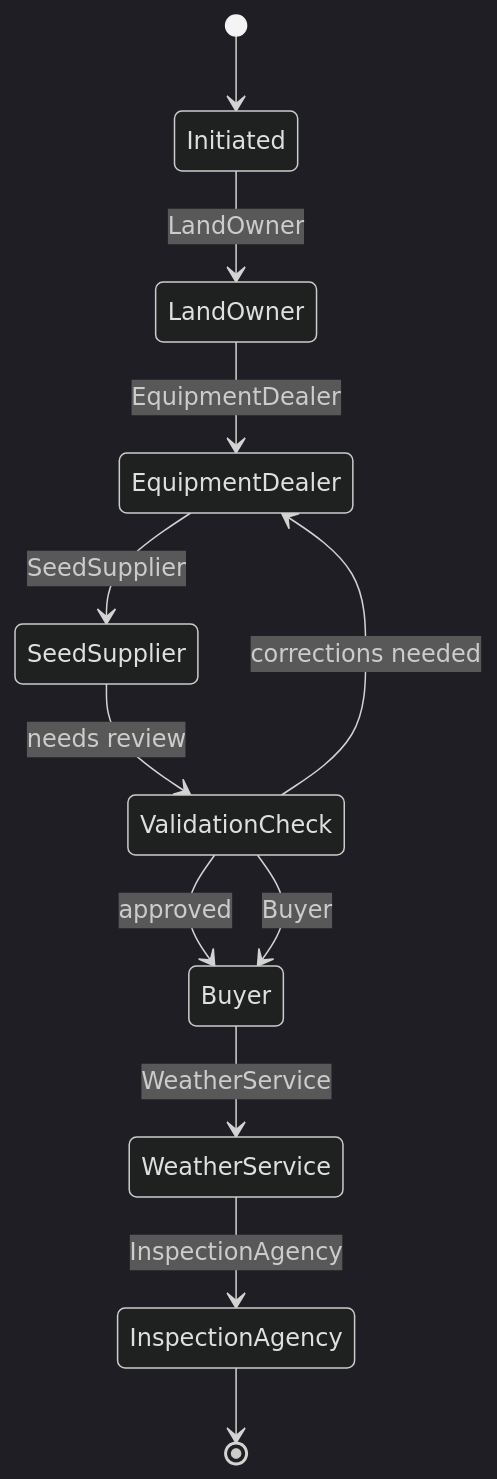
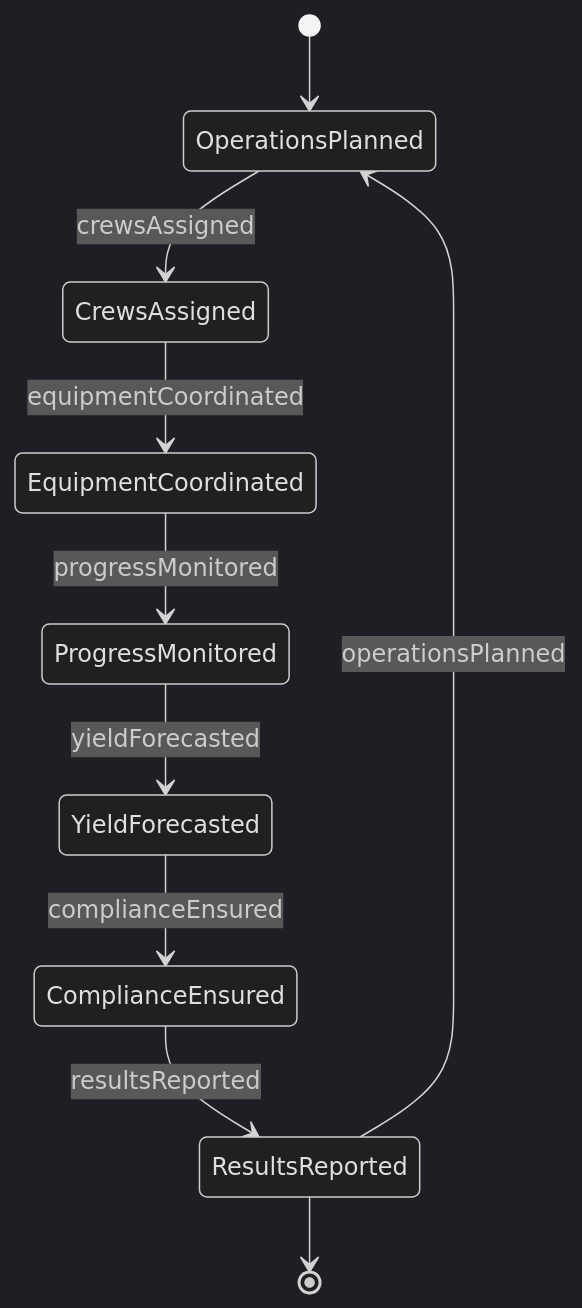
The second of 4 diagrams in GuidingDirectingAndMotivatingSubordinates/ManageAgriculturalOrForestryOperations/CoordinateForestryAgriculturalActivities.mdx (dot-org-ai/tasks.org.ai), drawn with Mermaid (dark theme) before and after one commit. The commit also changed other lines of this file and 515 other files, not shown here.

````diff
--- a/GuidingDirectingAndMotivatingSubordinates/ManageAgriculturalOrForestryOperations/CoordinateForestryAgriculturalActivities.mdx
+++ b/GuidingDirectingAndMotivatingSubordinates/ManageAgriculturalOrForestryOperations/CoordinateForestryAgriculturalActivities.mdx
@@ -104,14 +101,12 @@
 ```mermaid
 stateDiagram-v2
-    [*] --> Initiated
-    Initiated --> LandOwner: LandOwner
-    LandOwner --> EquipmentDealer: EquipmentDealer
-    EquipmentDealer --> SeedSupplier: SeedSupplier
-    SeedSupplier --> ValidationCheck: needs review
-    ValidationCheck --> EquipmentDealer: corrections needed
-    ValidationCheck --> Buyer: approved
-    ValidationCheck --> Buyer: Buyer
-    Buyer --> WeatherService: WeatherService
-    WeatherService --> InspectionAgency: InspectionAgency
-    InspectionAgency --> [*]
+    [*] --> OperationsPlanned
+    OperationsPlanned --> CrewsAssigned : crewsAssigned
+    CrewsAssigned --> EquipmentCoordinated : equipmentCoordinated
+    EquipmentCoordinated --> ProgressMonitored : progressMonitored
+    ProgressMonitored --> YieldForecasted : yieldForecasted
+    YieldForecasted --> ComplianceEnsured : complianceEnsured
+    ComplianceEnsured --> ResultsReported : resultsReported
+    ResultsReported --> OperationsPlanned : operationsPlanned
+    ResultsReported --> [*]
 ```
````
